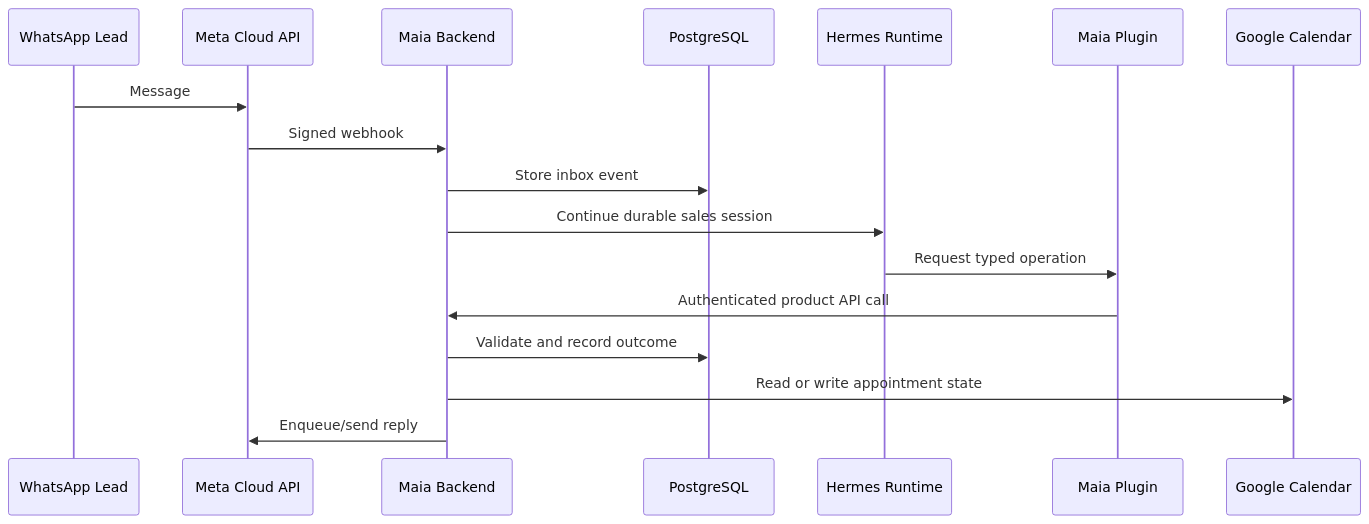
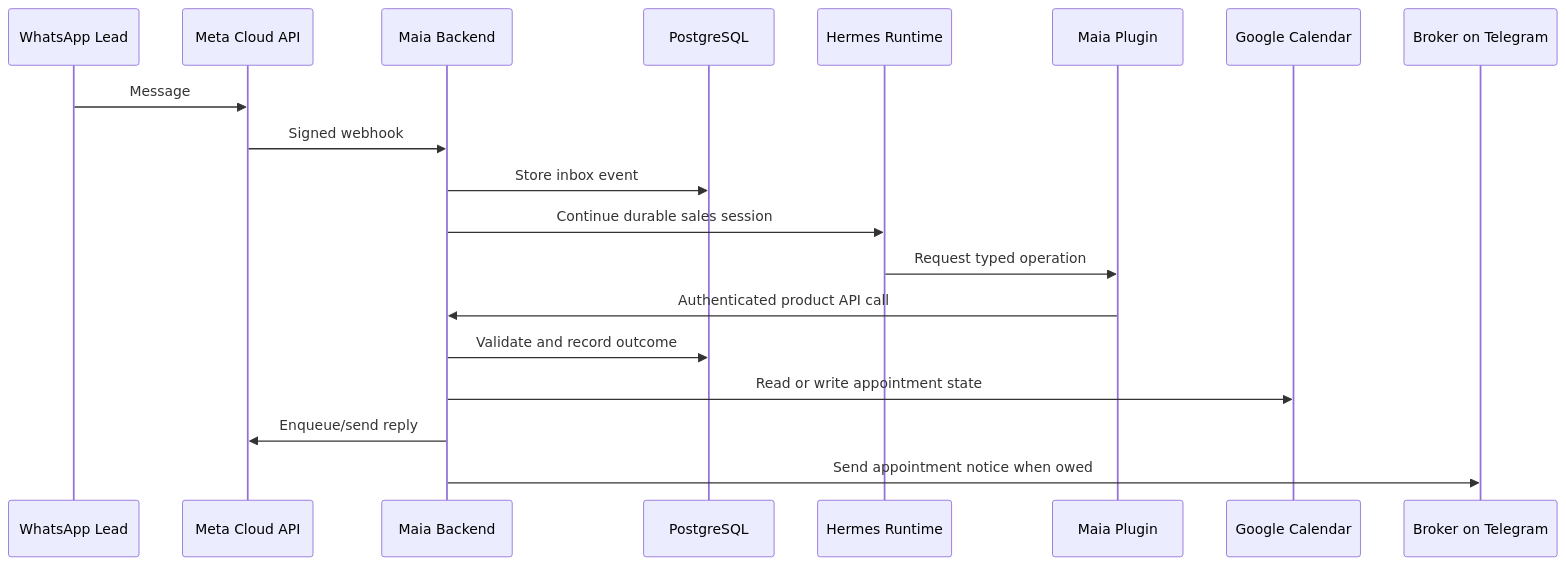
The diagram in docs/architecture.md (gmogmzGithub/maia-agent), drawn with Mermaid before and after one commit. The commit also changed other lines of this file and 22 other files, not shown here.

First line of the commit message:
maia live flow token free ci (#2)

````diff
--- a/docs/architecture.md
+++ b/docs/architecture.md
@@ -16,20 +16,22 @@
 ```mermaid
 sequenceDiagram
     participant Lead as WhatsApp Lead
     participant Meta as Meta Cloud API
     participant Backend as Maia Backend
     participant DB as PostgreSQL
     participant Hermes as Hermes Runtime
     participant Plugin as Maia Plugin
     participant Calendar as Google Calendar
+    participant Telegram as Broker on Telegram
 
     Lead->>Meta: Message
     Meta->>Backend: Signed webhook
     Backend->>DB: Store inbox event
     Backend->>Hermes: Continue durable sales session
     Hermes->>Plugin: Request typed operation
     Plugin->>Backend: Authenticated product API call
     Backend->>DB: Validate and record outcome
     Backend->>Calendar: Read or write appointment state
     Backend->>Meta: Enqueue/send reply
+    Backend->>Telegram: Send appointment notice when owed
 ```
````
